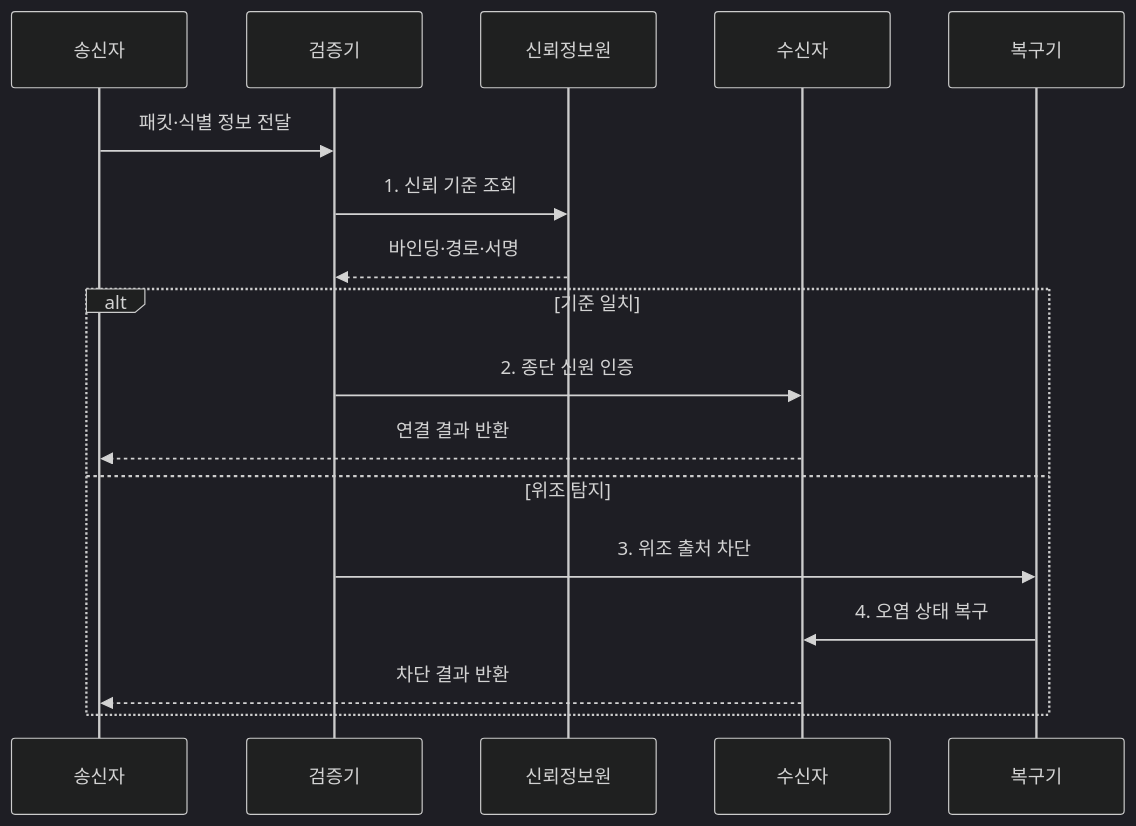
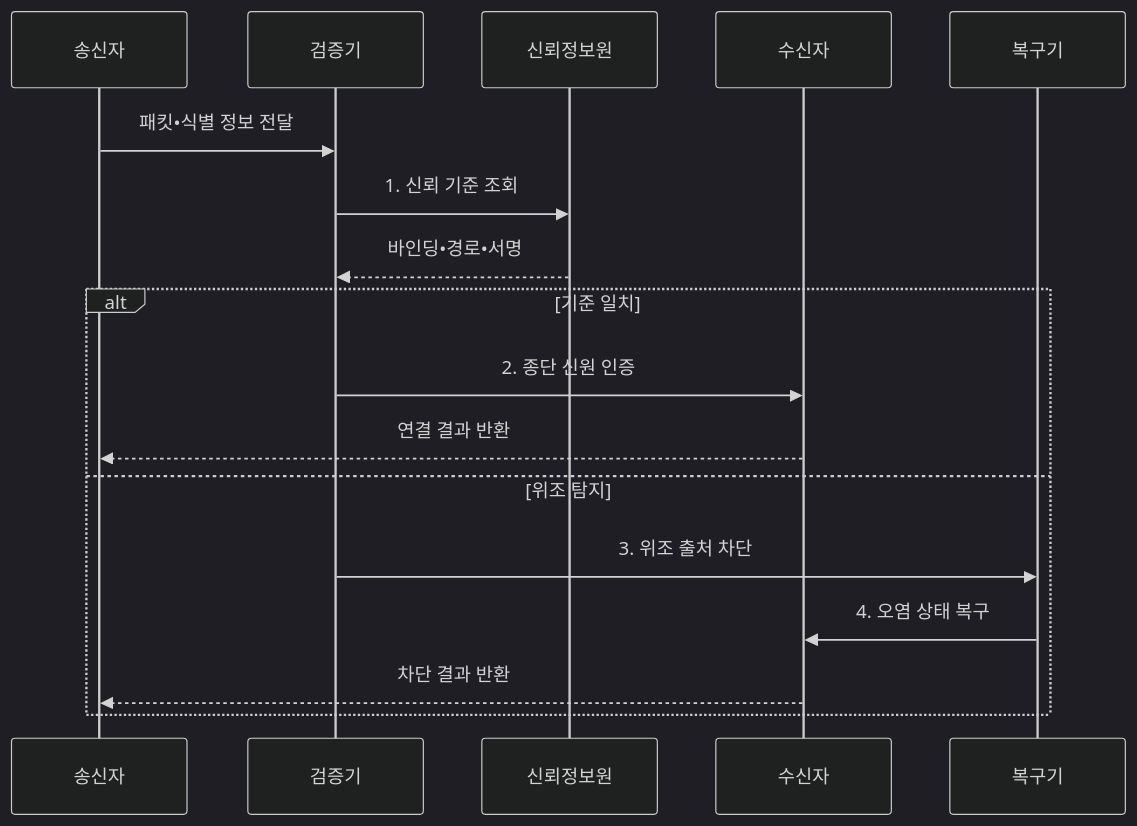
The second of 2 diagrams in src/content/docs/notes/04-network/086_network_spoofing.md (agnusdei1207/knowledge-base), drawn with Mermaid (dark theme) before and after one commit. The commit also changed other lines of this file and 953 other files, not shown here.

````diff
--- a/src/content/docs/notes/04-network/086_network_spoofing.md
+++ b/src/content/docs/notes/04-network/086_network_spoofing.md
@@ -98,19 +98,19 @@
 ```mermaid
 sequenceDiagram
     participant 송신자
     participant 검증기
     participant 신뢰정보원
     participant 수신자
     participant 복구기
-    송신자->>검증기: 패킷·식별 정보 전달
+    송신자->>검증기: 패킷•식별 정보 전달
     검증기->>신뢰정보원: 1. 신뢰 기준 조회
-    신뢰정보원-->>검증기: 바인딩·경로·서명
+    신뢰정보원-->>검증기: 바인딩•경로•서명
     alt 기준 일치
         검증기->>수신자: 2. 종단 신원 인증
         수신자-->>송신자: 연결 결과 반환
     else 위조 탐지
         검증기->>복구기: 3. 위조 출처 차단
         복구기->>수신자: 4. 오염 상태 복구
         수신자-->>송신자: 차단 결과 반환
     end
 ```
````
